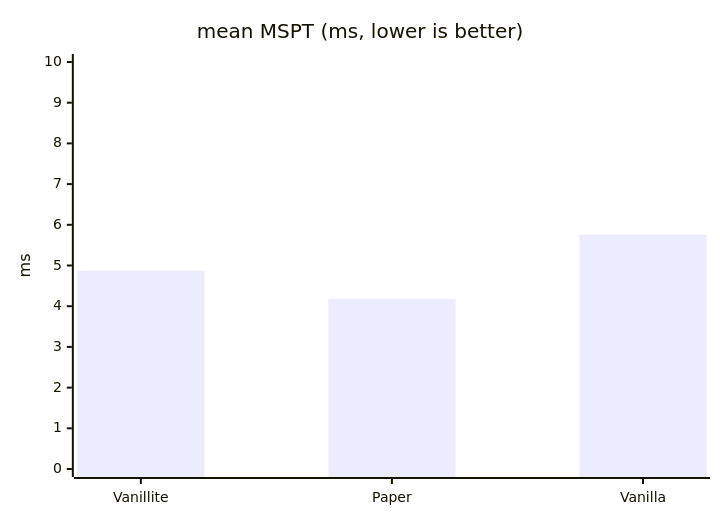
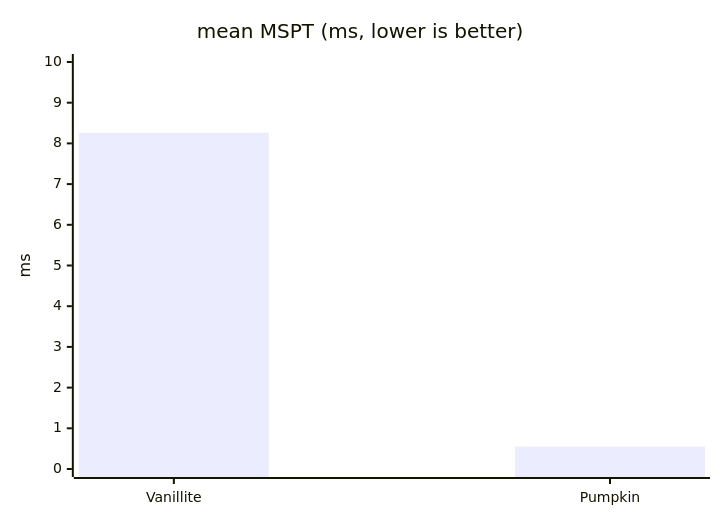
Before and after one commit to hthoene/Vanillite: the eighth of 15 diagrams in benchmarks/README.md, drawn with Mermaid. The commit also changed other lines of this file and 6 other files, not shown here.

````diff
--- a/benchmarks/README.md
+++ b/benchmarks/README.md
@@ -246,7 +279,7 @@
 ```mermaid
 xychart-beta
     title "mean MSPT (ms, lower is better)"
-    x-axis ["Vanillite", "Paper", "Vanilla"]
+    x-axis ["Vanillite", "Pumpkin"]
     y-axis "ms" 0 --> 10
-    bar [4.87, 4.18, 5.76]
+    bar [8.26, 0.55]
 ```
````
